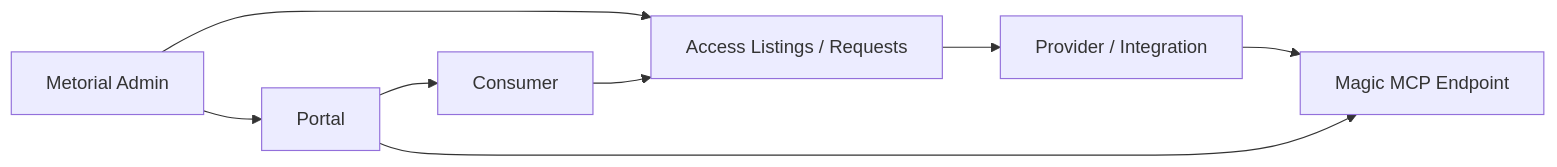
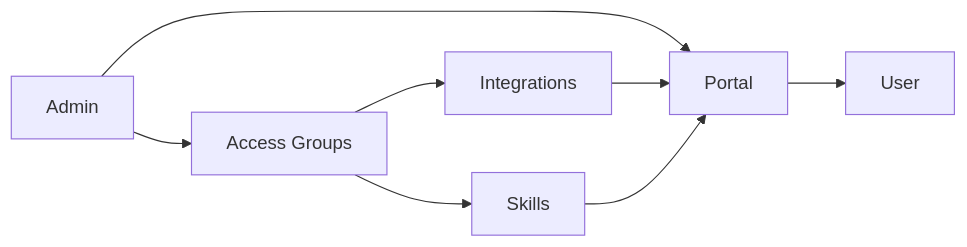
The diagram in product-portals.mdx (metorial/docs), drawn with Mermaid before and after one commit. The commit also changed other lines of this file and 11 other files, not shown here.

````diff
--- a/product-portals.mdx
+++ b/product-portals.mdx
@@ -24,17 +20,17 @@
 ```mermaid
 flowchart LR
-  Admin["Metorial Admin"]
+  Admin["Admin"]
   Portal["Portal"]
-  Consumer["Consumer"]
-  Access["Access Listings / Requests"]
-  Magic["Magic MCP Endpoint"]
-  Provider["Provider / Integration"]
+  Groups["Access Groups"]
+  Integrations["Integrations"]
+  Skills["Skills"]
+  User["User"]
 
   Admin --> Portal
-  Admin --> Access
-  Portal --> Consumer
-  Consumer --> Access
-  Access --> Provider
-  Provider --> Magic
-  Portal --> Magic
+  Admin --> Groups
+  Groups --> Integrations
+  Groups --> Skills
+  Integrations --> Portal
+  Skills --> Portal
+  Portal --> User
 ```
````
